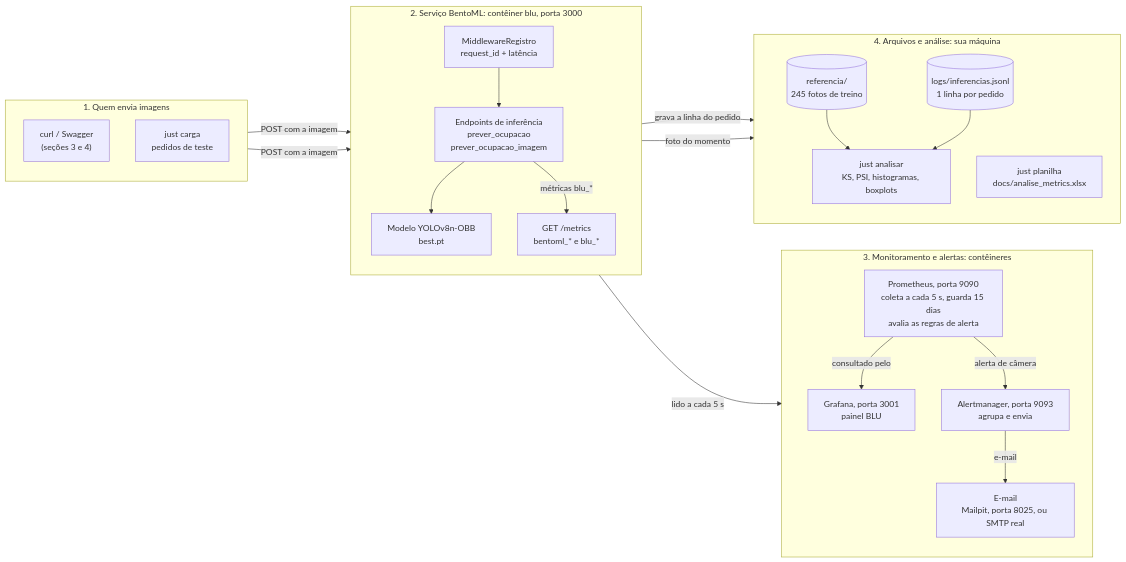
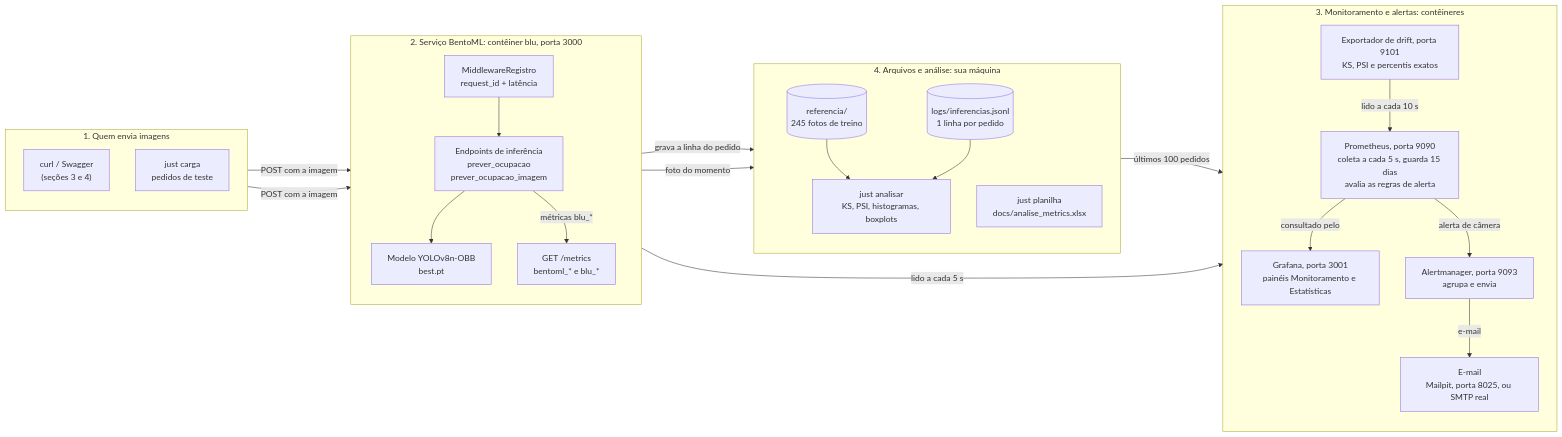
Before and after one commit to ThiagoManguinho/BLU-MLOPS: the diagram in README.md, drawn with Mermaid. The commit also changed other lines of this file and 15 other files, not shown here.

````diff
--- a/README.md
+++ b/README.md
@@ -9,46 +9,49 @@
 ```mermaid
 flowchart LR
     subgraph entrada["1. Quem envia imagens"]
         direction TB
         cliente["curl / Swagger<br/>(seções 3 e 4)"]
         carga["just carga<br/>pedidos de teste"]
     end
 
     subgraph servico["2. Serviço BentoML: contêiner blu, porta 3000"]
         direction TB
         middleware["MiddlewareRegistro<br/>request_id + latência"]
         endpoints["Endpoints de inferência<br/>prever_ocupacao<br/>prever_ocupacao_imagem"]
         modelo["Modelo YOLOv8n-OBB<br/>best.pt"]
         metrics["GET /metrics<br/>bentoml_* e blu_*"]
         middleware --> endpoints
         endpoints --> modelo
         endpoints -->|métricas blu_*| metrics
     end
 
     subgraph monitor["3. Monitoramento e alertas: contêineres"]
         direction TB
         prometheus["Prometheus, porta 9090<br/>coleta a cada 5 s, guarda 15 dias<br/>avalia as regras de alerta"]
-        grafana["Grafana, porta 3001<br/>painel BLU"]
+        grafana["Grafana, porta 3001<br/>painéis Monitoramento e Estatísticas"]
         alertmanager["Alertmanager, porta 9093<br/>agrupa e envia"]
         mailpit["E-mail<br/>Mailpit, porta 8025, ou SMTP real"]
+        drift["Exportador de drift, porta 9101<br/>KS, PSI e percentis exatos"]
         prometheus -->|consultado pelo| grafana
+        drift -->|lido a cada 10 s| prometheus
         prometheus -->|alerta de câmera| alertmanager
         alertmanager -->|e-mail| mailpit
     end
 
     subgraph arquivos["4. Arquivos e análise: sua máquina"]
         direction TB
         ref[("referencia/<br/>245 fotos de treino")]
         log[("logs/inferencias.jsonl<br/>1 linha por pedido")]
         analisar["just analisar<br/>KS, PSI, histogramas, boxplots"]
         planilha["just planilha<br/>docs/analise_metrics.xlsx"]
         ref --> analisar
         log --> analisar
     end
 
     cliente -->|POST com a imagem| middleware
     carga -->|POST com a imagem| middleware
     middleware -->|grava a linha do pedido| log
+    log -->|últimos 100 pedidos| drift
     metrics -->|lido a cada 5 s| prometheus
     metrics -->|foto do momento| planilha
 ```
````
